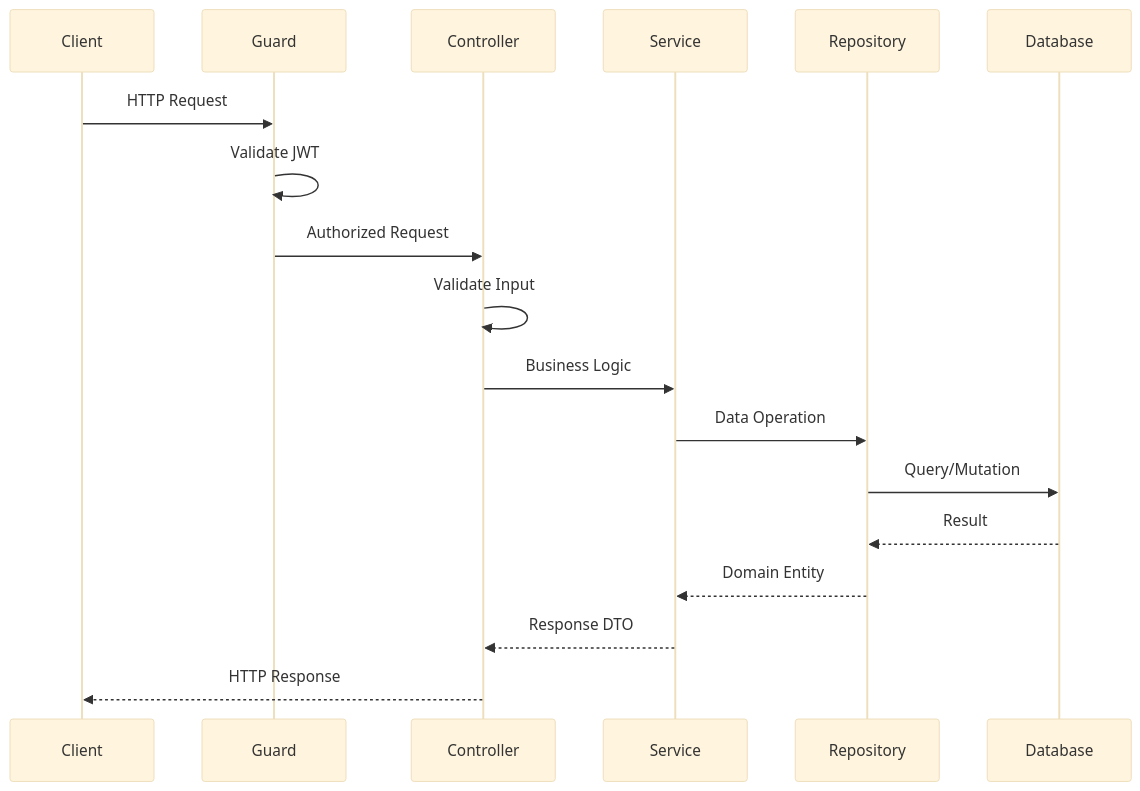
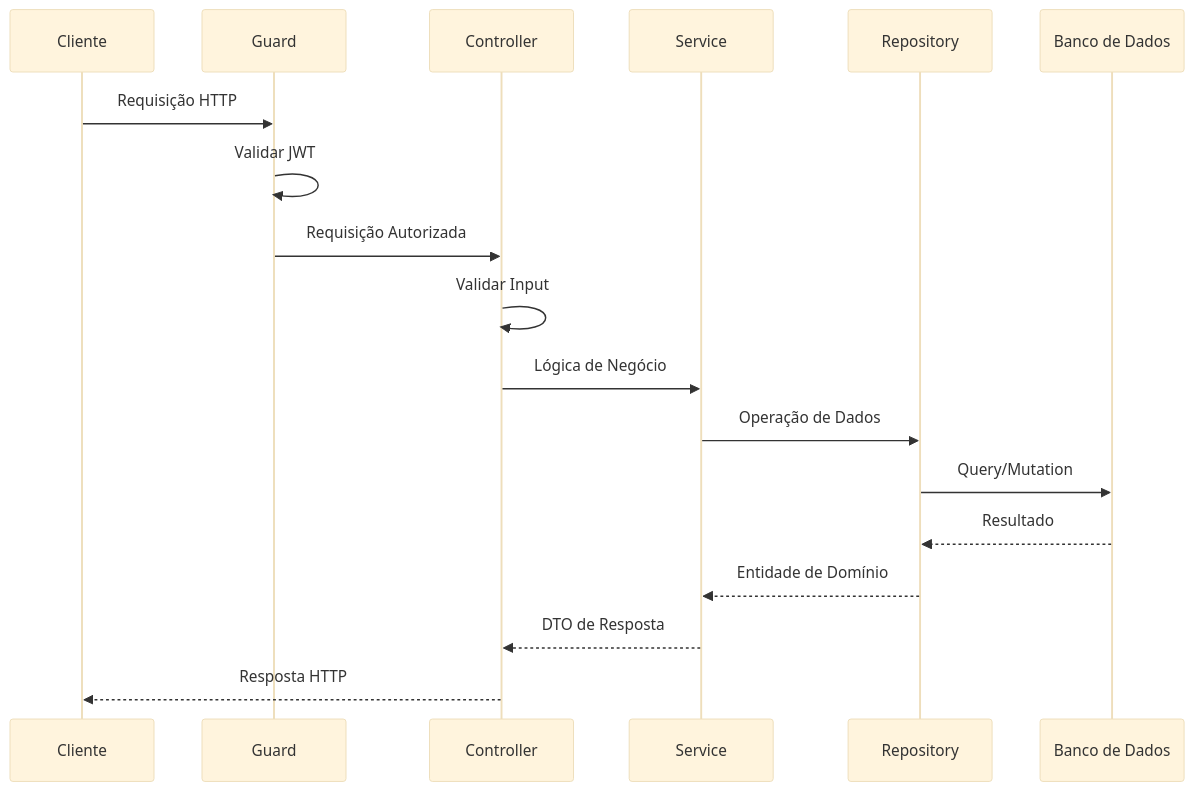
The second of 3 diagrams in README.md (Joaoof/API-sistema-gestaoint), drawn with Mermaid (base theme) before and after one commit. The commit also changed other lines of this file, not shown here.

`````diff
--- a/README.md
+++ b/README.md
@@ -214,21 +214,21 @@
-```mermaid
+````mermaid
 sequenceDiagram
-    participant C as Client
+    participant C as Cliente
     participant G as Guard
     participant Ctrl as Controller
     participant S as Service
     participant R as Repository
-    participant DB as Database
+    participant DB as Banco de Dados
 
-    C->>G: HTTP Request
-    G->>G: Validate JWT
-    G->>Ctrl: Authorized Request
-    Ctrl->>Ctrl: Validate Input
-    Ctrl->>S: Business Logic
-    S->>R: Data Operation
+    C->>G: Requisição HTTP
+    G->>G: Validar JWT
+    G->>Ctrl: Requisição Autorizada
+    Ctrl->>Ctrl: Validar Input
+    Ctrl->>S: Lógica de Negócio
+    S->>R: Operação de Dados
     R->>DB: Query/Mutation
-    DB-->>R: Result
-    R-->>S: Domain Entity
-    S-->>Ctrl: Response DTO
-    Ctrl-->>C: HTTP Response
-```
+    DB-->>R: Resultado
+    R-->>S: Entidade de Domínio
+    S-->>Ctrl: DTO de Resposta
+    Ctrl-->>C: Resposta HTTP
+````
`````
